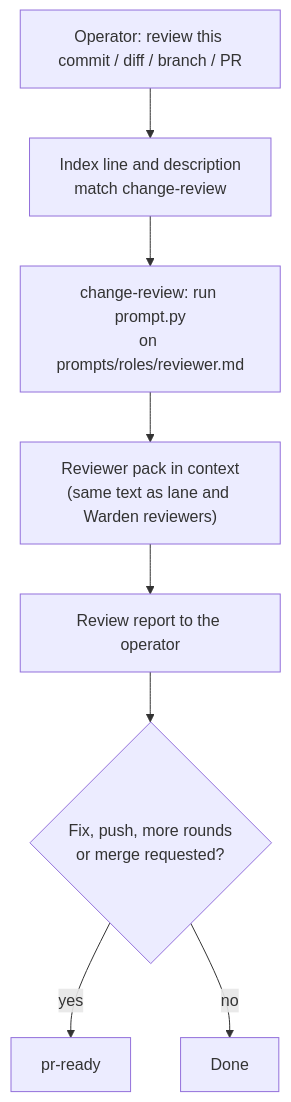
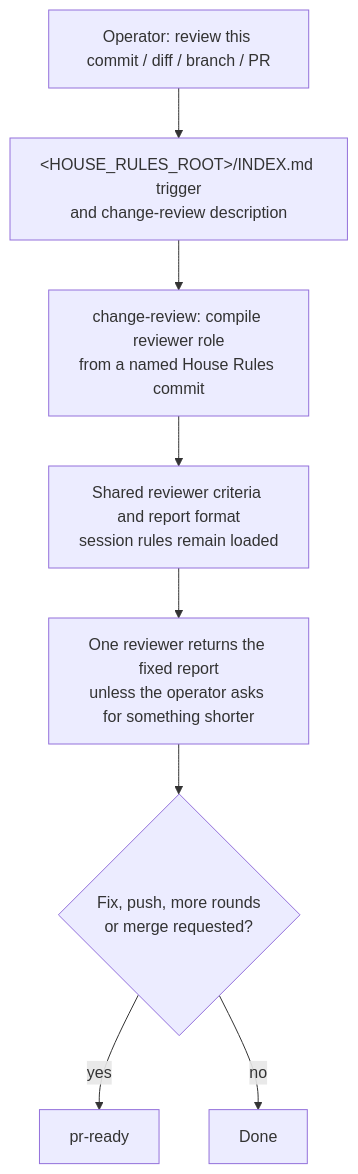
The diagram in docs/design/76-review-entry-skill.md (jak-pan/house-rules), drawn with Mermaid before and after one commit. The commit also changed other lines of this file, not shown here.

Commit message:
docs(design): align review entry with operator decisions of 2026-10-07

````diff
--- a/docs/design/76-review-entry-skill.md
+++ b/docs/design/76-review-entry-skill.md
@@ -98,10 +70,10 @@
 ```mermaid
 flowchart TB
-  R["Operator: review this commit / diff / branch / PR"] --> D["Index line and description<br/>match change-review"]
-  D --> C["change-review: run prompt.py<br/>on prompts/roles/reviewer.md"]
-  C --> P["Reviewer pack in context<br/>(same text as lane and Warden reviewers)"]
-  P --> V["Review report to the operator"]
+  R["Operator: review this commit / diff / branch / PR"] --> D["&lt;HOUSE_RULES_ROOT&gt;/INDEX.md trigger<br/>and change-review description"]
+  D --> C["change-review: compile reviewer role<br/>from a named House Rules commit"]
+  C --> P["Shared reviewer criteria and report format<br/>session rules remain loaded"]
+  P --> V["One reviewer returns the fixed report<br/>unless the operator asks for something shorter"]
   V --> Q{"Fix, push, more rounds<br/>or merge requested?"}
   Q -- yes --> PR["pr-ready"]
   Q -- no --> E["Done"]
 ```
````
